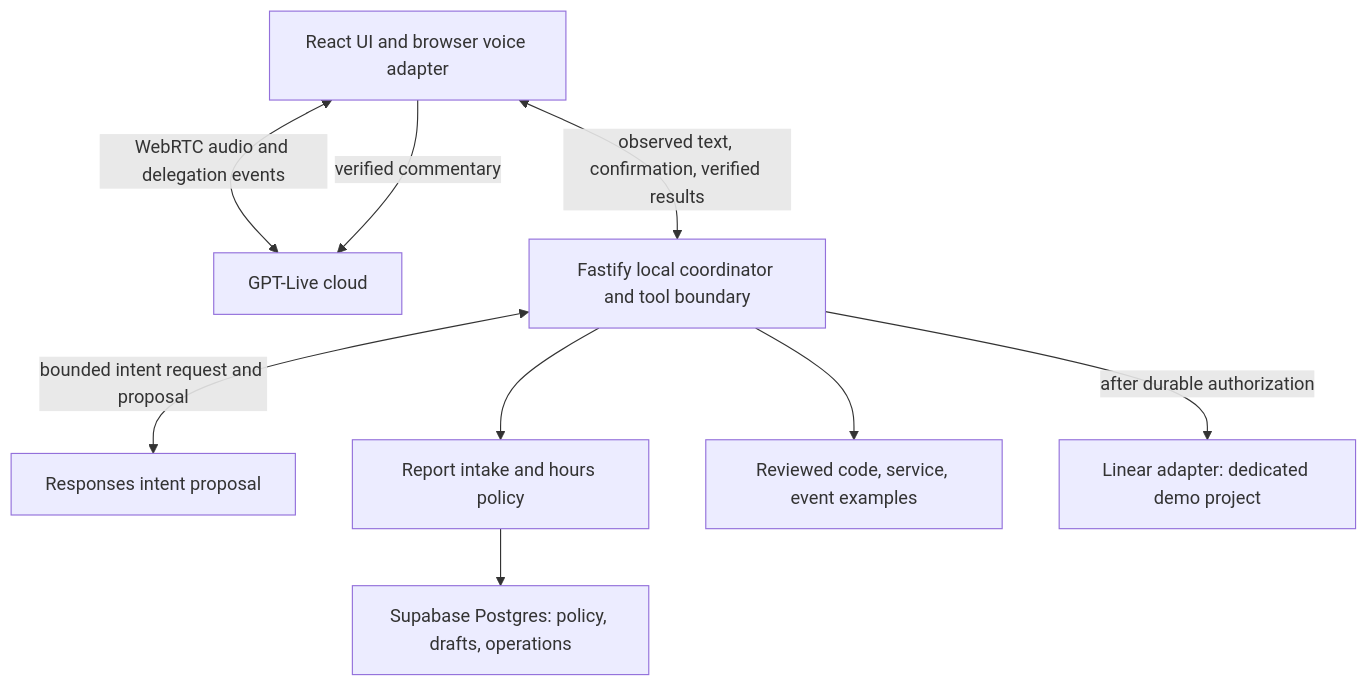
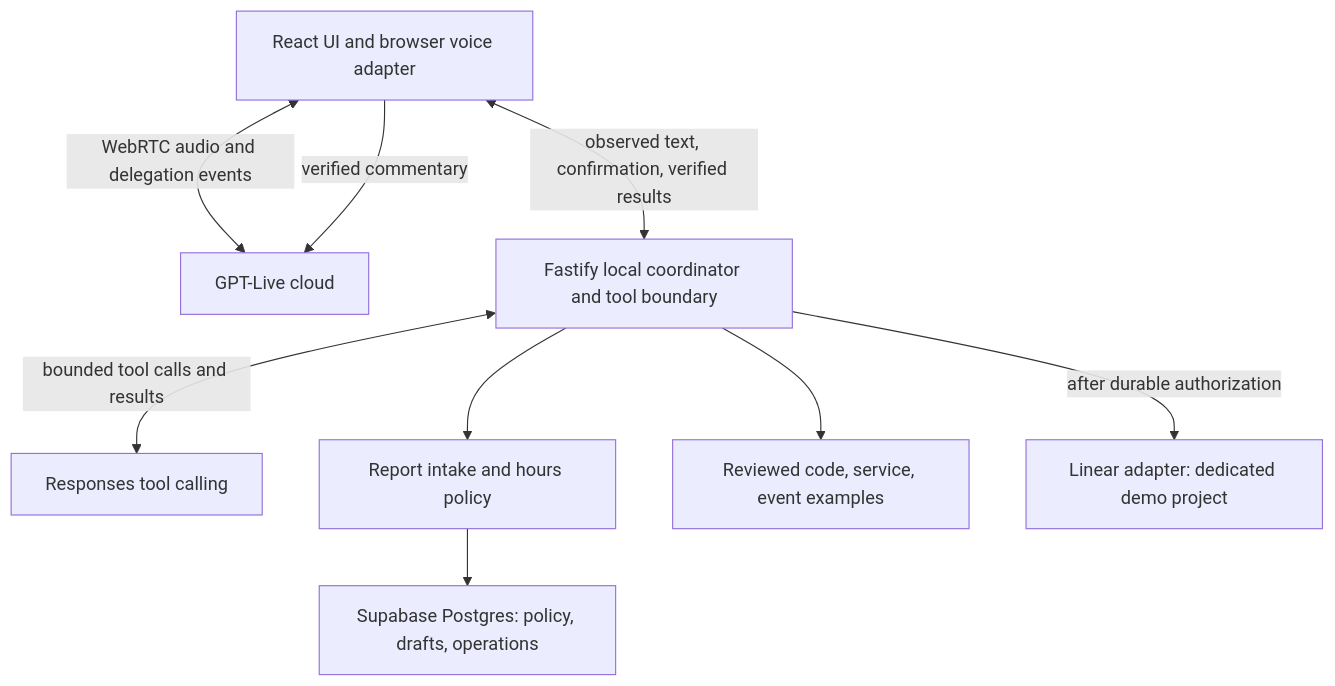
Before and after one commit to drore/threefold-boulder-voice-agent: the diagram in spec/spec-architecture-system.md, drawn with Mermaid. The commit also changed 20 other files, not shown here.

First line of the commit message:
feat(voice): replace intent classification with tool-calling reasoning

````diff
--- a/spec/spec-architecture-system.md
+++ b/spec/spec-architecture-system.md
@@ -33,19 +33,19 @@
 ```mermaid
 flowchart TD
   Browser[React UI and browser voice adapter]
   Voice[GPT-Live cloud]
   Server[Fastify local coordinator and tool boundary]
-  Reason[Responses intent proposal]
+  Reason[Responses tool calling]
   Core[Report intake and hours policy]
   Stores[Supabase Postgres: policy, drafts, operations]
   Know[Reviewed code, service, event examples]
   Ticket[Linear adapter: dedicated demo project]
   Browser <-->|WebRTC audio and delegation events| Voice
   Browser <-->|observed text, confirmation, verified results| Server
   Browser -->|verified commentary| Voice
-  Server <-->|bounded intent request and proposal| Reason
+  Server <-->|bounded tool calls and results| Reason
   Server --> Core
   Server --> Know
   Core --> Stores
   Server -->|after durable authorization| Ticket
 ```
````
